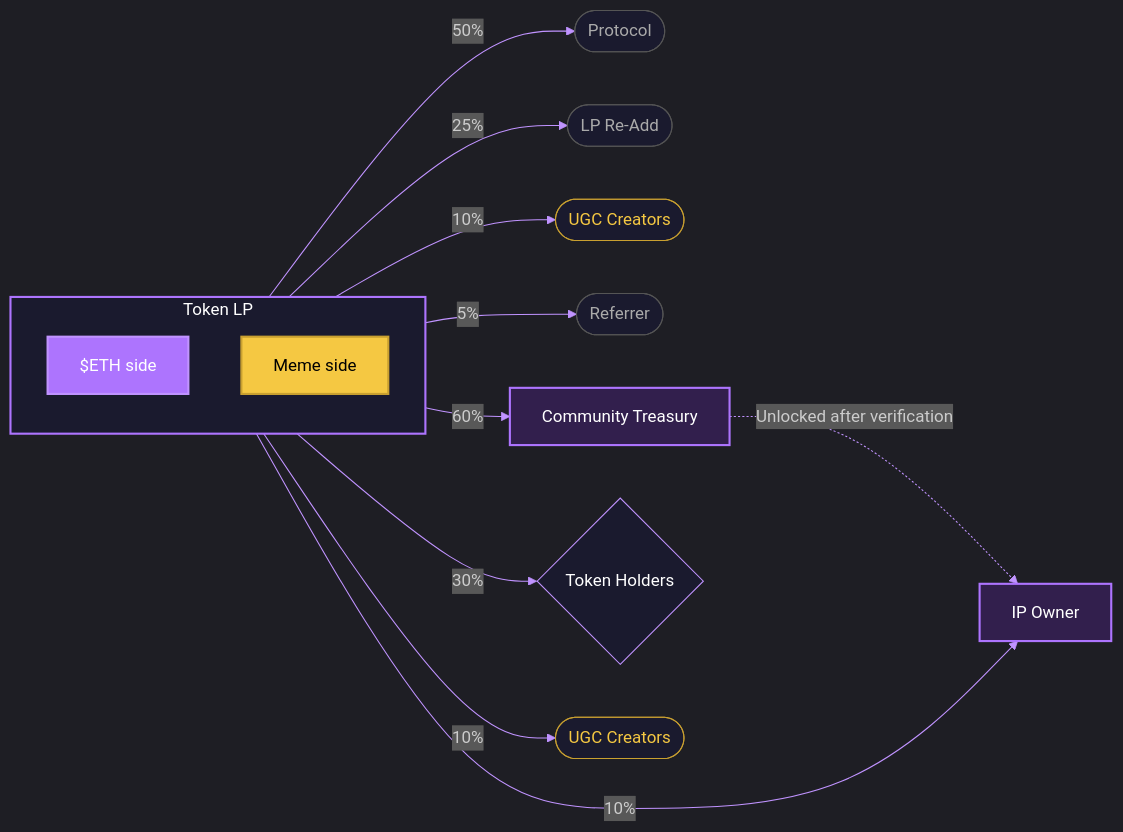
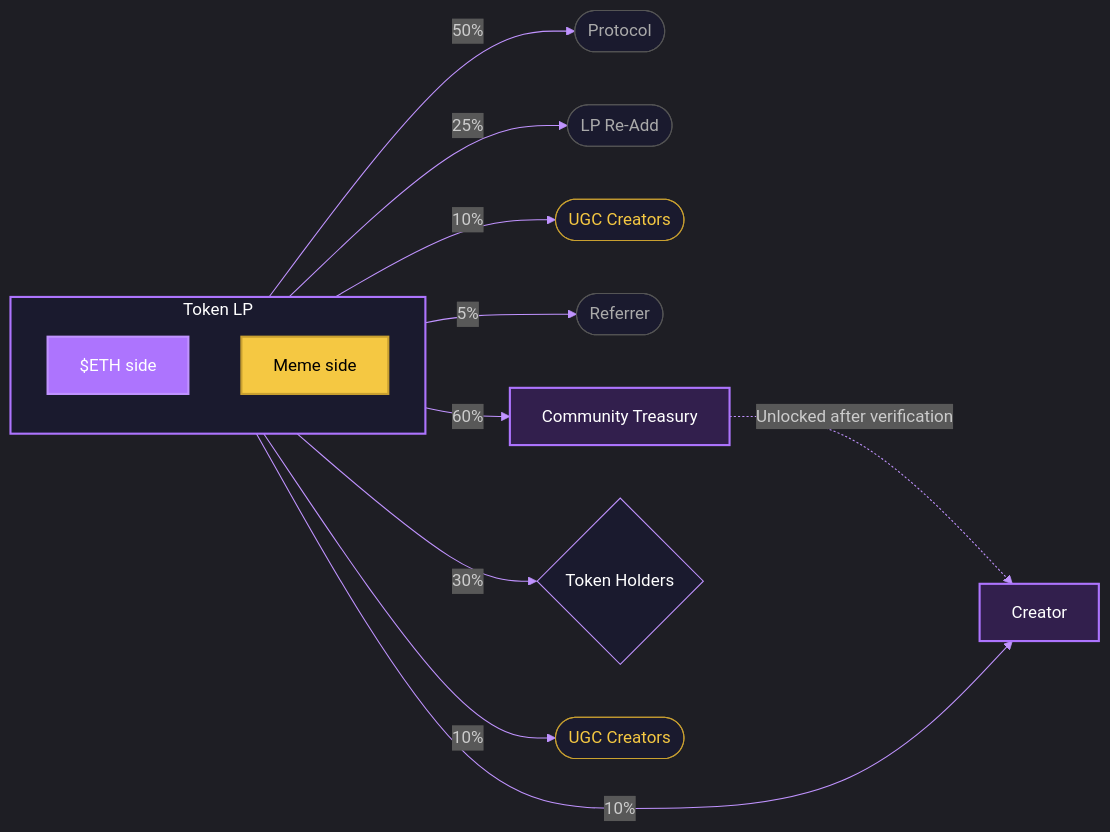
The diagram in index.mdx (remixdotworld/docs), drawn with Mermaid before and after one commit. The commit also changed other lines of this file, not shown here.

Commit message:
Updated mintlify pages
- Updated index.mdx

Mintlify-Source: dashboard-editor

````diff
--- a/index.mdx
+++ b/index.mdx
@@ -36,33 +36,33 @@
 ```mermaid
 %%{init: {'theme': 'dark', 'themeVariables': {'primaryColor': '#AD74FE', 'primaryTextColor': '#fff', 'primaryBorderColor': '#C093FF', 'lineColor': '#C093FF', 'secondaryColor': '#1a1a2e', 'tertiaryColor': '#321F4D'}}}%%
 graph LR
     subgraph LP["Token LP"]
         direction TB
         ETH["$ETH side"]
         Meme["Meme side"]
     end
 
     ETH -->|"50%"| Protocol(["Protocol"])
     ETH -->|"25%"| ReAdd(["LP Re-Add"])
-    ETH -->|"10%"| Owner["IP Owner"]
+    ETH -->|"10%"| Owner["Creator"]
     ETH -->|"10%"| UGC1(["UGC Creators"])
     ETH -->|"5%"| Referrer(["Referrer"])
 
     Meme -->|"60%"| Treasury["Community Treasury"]
     Meme -->|"30%"| Holders{"Token Holders"}
     Meme -->|"10%"| UGC2(["UGC Creators"])
 
     Treasury -.->|"Unlocked after verification"| Owner
 
     style LP fill:#1a1a2e,stroke:#AD74FE,stroke-width:2px,color:#fff
     style ETH fill:#AD74FE,stroke:#C093FF,stroke-width:2px,color:#fff
     style Meme fill:#f5c842,stroke:#c9a030,stroke-width:2px,color:#000
     style Owner fill:#321F4D,stroke:#AD74FE,stroke-width:2px,color:#fff
     style Treasury fill:#321F4D,stroke:#AD74FE,stroke-width:2px,color:#fff
     style Holders fill:#1a1a2e,stroke:#C093FF,stroke-width:1px,color:#fff
     style Protocol fill:#1a1a2e,stroke:#555,stroke-width:1px,color:#aaa
     style ReAdd fill:#1a1a2e,stroke:#555,stroke-width:1px,color:#aaa
     style UGC1 fill:#1a1a2e,stroke:#c9a030,stroke-width:1px,color:#f5c842
     style UGC2 fill:#1a1a2e,stroke:#c9a030,stroke-width:1px,color:#f5c842
     style Referrer fill:#1a1a2e,stroke:#555,stroke-width:1px,color:#aaa
 ```
````
